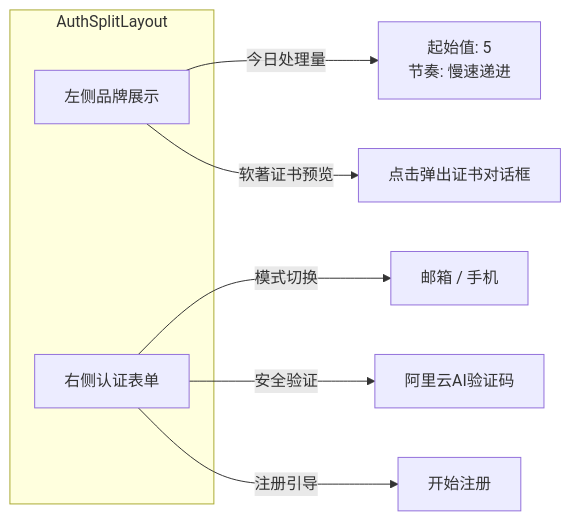
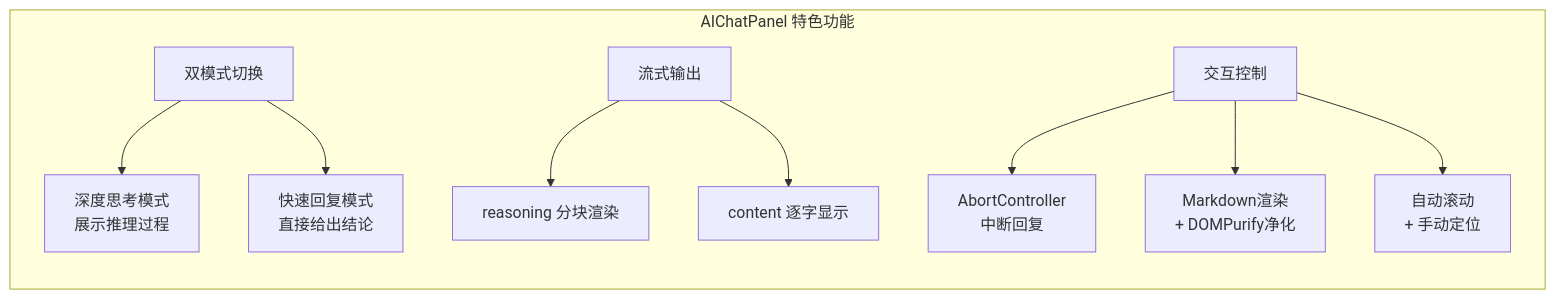
One commit to xingranya/CervixDetectAI changed the eighth of 14 diagrams in 项目技术报告.md. Above: the diagram before and after it, drawn with Mermaid. The commit also changed other lines of this file and 4 other files, not shown here.

````diff
--- a/项目技术报告.md
+++ b/项目技术报告.md
@@ -338,13 +401,14 @@
 ```mermaid
-graph LR
-    subgraph "AuthSplitLayout"
-        A[左侧品牌展示]
-        B[右侧认证表单]
+flowchart LR
+    subgraph "AIChatPanel 特色功能"
+        A[双模式切换] --> B["深度思考模式<br/>展示推理过程"]
+        A --> C["快速回复模式<br/>直接给出结论"]
+
+        D[流式输出] --> E["reasoning 分块渲染"]
+        D --> F["content 逐字显示"]
+
+        G[交互控制] --> H["AbortController<br/>中断回复"]
+        G --> I["Markdown渲染<br/>+ DOMPurify净化"]
+        G --> J["自动滚动<br/>+ 手动定位"]
     end
-
-    A -->|今日处理量| A1["起始值: 5<br/>节奏: 慢速递进"]
-    A -->|软著证书预览| A2["点击弹出证书对话框"]
-    B -->|模式切换| B1["邮箱 / 手机"]
-    B -->|安全验证| B2["阿里云AI验证码"]
-    B -->|注册引导| B3["开始注册"]
 ```
````
